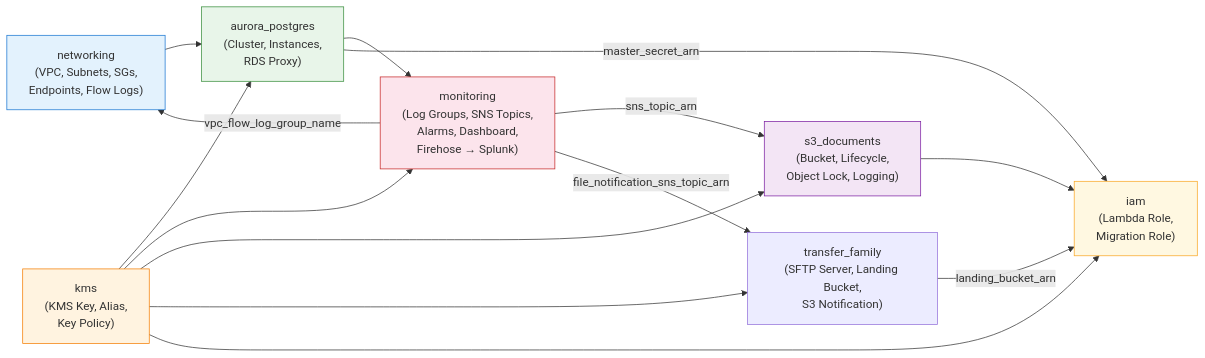
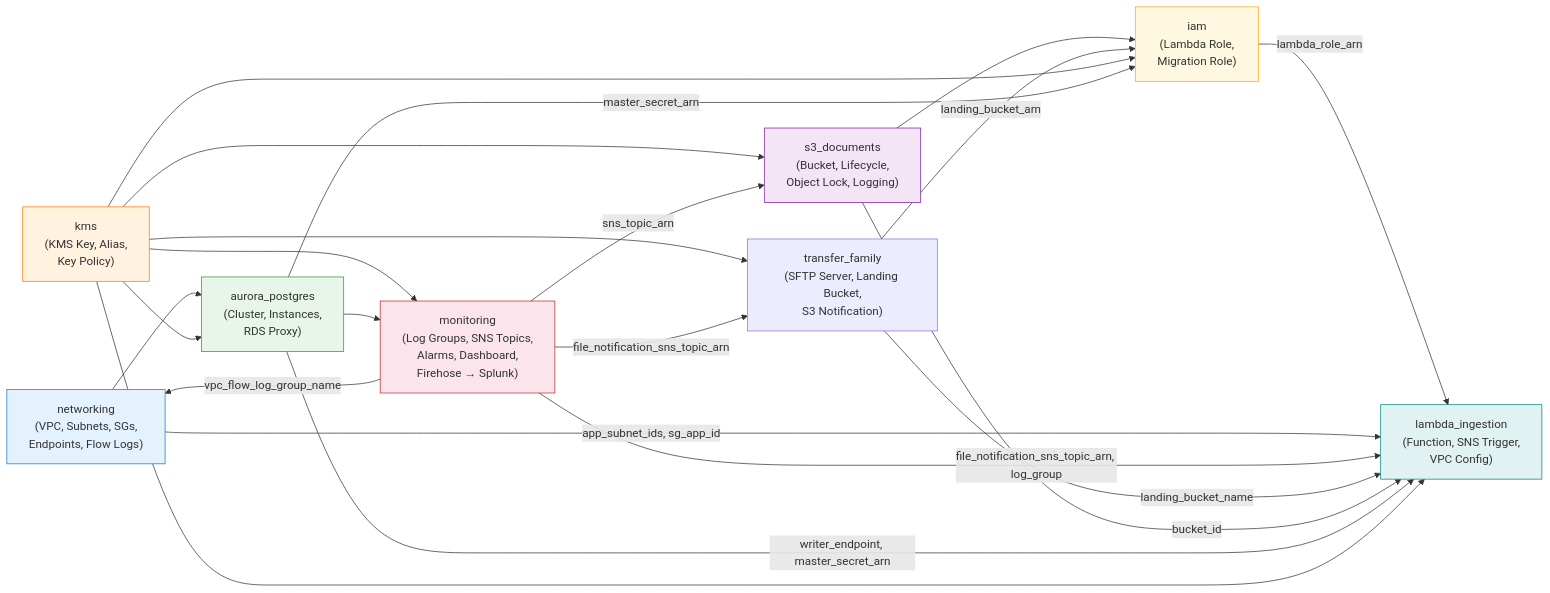
Before and after one commit to kumarmedasani/invoice-document-storage: the second of 10 diagrams in docs/ARCHITECTURE.md, drawn with Mermaid. The commit also changed other lines of this file and 14 other files, not shown here.

First line of the commit message:
Add lambda_ingestion Terraform module with SNS trigger and VPC config

````diff
--- a/docs/ARCHITECTURE.md
+++ b/docs/ARCHITECTURE.md
@@ -407,31 +410,40 @@
 ```mermaid
 graph LR
     networking["networking<br/>(VPC, Subnets, SGs,<br/>Endpoints, Flow Logs)"]
     kms["kms<br/>(KMS Key, Alias,<br/>Key Policy)"]
     aurora["aurora_postgres<br/>(Cluster, Instances,<br/>RDS Proxy)"]
     monitoring["monitoring<br/>(Log Groups, SNS Topics,<br/>Alarms, Dashboard,<br/>Firehose → Splunk)"]
     s3["s3_documents<br/>(Bucket, Lifecycle,<br/>Object Lock, Logging)"]
     transfer["transfer_family<br/>(SFTP Server, Landing Bucket,<br/>S3 Notification)"]
     iam["iam<br/>(Lambda Role,<br/>Migration Role)"]
+    lambda["lambda_ingestion<br/>(Function, SNS Trigger,<br/>VPC Config)"]
 
     networking --> aurora
     kms --> aurora
     kms --> monitoring
     aurora --> monitoring
     kms --> s3
     monitoring -->|sns_topic_arn| s3
     kms --> transfer
     monitoring -->|file_notification_sns_topic_arn| transfer
     monitoring -->|vpc_flow_log_group_name| networking
     s3 --> iam
     transfer -->|landing_bucket_arn| iam
     kms --> iam
     aurora -->|master_secret_arn| iam
+    iam -->|lambda_role_arn| lambda
+    networking -->|app_subnet_ids, sg_app_id| lambda
+    monitoring -->|file_notification_sns_topic_arn, log_group| lambda
+    transfer -->|landing_bucket_name| lambda
+    s3 -->|bucket_id| lambda
+    aurora -->|writer_endpoint, master_secret_arn| lambda
+    kms --> lambda
 
     style networking fill:#e3f2fd,stroke:#1976d2
     style kms fill:#fff3e0,stroke:#f57c00
     style aurora fill:#e8f5e9,stroke:#388e3c
     style monitoring fill:#fce4ec,stroke:#c62828
     style s3 fill:#f3e5f5,stroke:#7b1fa2
     style iam fill:#fff8e1,stroke:#f9a825
+    style lambda fill:#e0f2f1,stroke:#00897b
 ```
````
